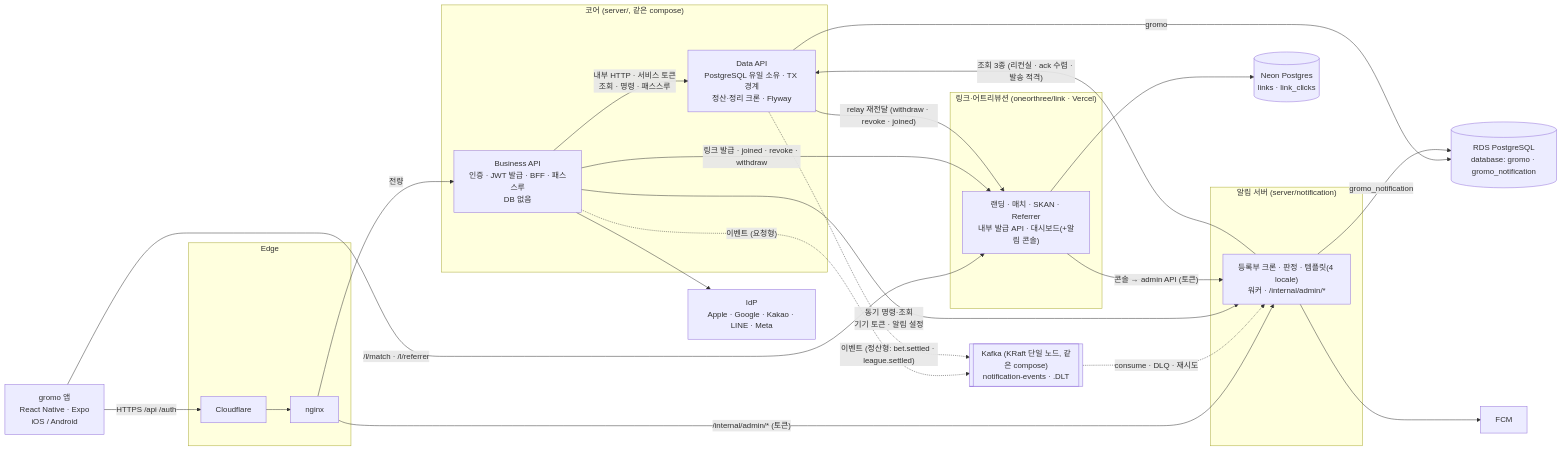
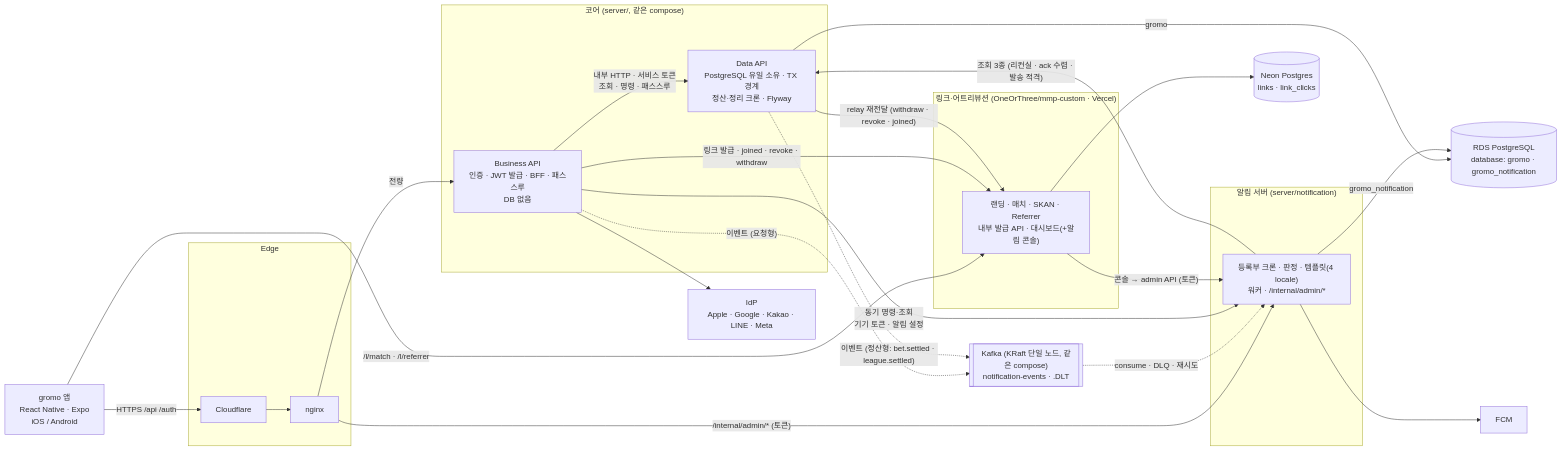
One commit to OneOrThree/phone changed the first of 2 diagrams in docs/architecture/service-architecture.md. Above: the diagram before and after it, drawn with Mermaid. The commit also changed other lines of this file and 529 other files, not shown here.

````diff
--- a/docs/architecture/service-architecture.md
+++ b/docs/architecture/service-architecture.md
@@ -12,41 +12,41 @@
 ```mermaid
 flowchart LR
   APP["gromo 앱<br/>React Native · Expo<br/>iOS / Android"]
   subgraph Edge["Edge"]
     CF["Cloudflare"] --> NX["nginx"]
   end
   subgraph Core["코어 (server/, 같은 compose)"]
     BIZ["Business API<br/>인증 · JWT 발급 · BFF · 패스스루<br/>DB 없음"]
     DATA["Data API<br/>PostgreSQL 유일 소유 · TX 경계<br/>정산·정리 크론 · Flyway"]
   end
   subgraph Noti["알림 서버 (server/notification)"]
     NS["등록부 크론 · 판정 · 템플릿(4 locale)<br/>워커 · /internal/admin/*"]
   end
-  subgraph Link["링크·어트리뷰션 (oneorthree/link · Vercel)"]
+  subgraph Link["링크·어트리뷰션 (OneOrThree/mmp-custom · Vercel)"]
     LK["랜딩 · 매치 · SKAN · Referrer<br/>내부 발급 API · 대시보드(+알림 콘솔)"]
   end
   PG[("RDS PostgreSQL<br/>database: gromo · gromo_notification")]
   NEON[("Neon Postgres<br/>links · link_clicks")]
   FCM["FCM"]
   IDP["IdP<br/>Apple · Google · Kakao · LINE · Meta"]
 
   APP -->|"HTTPS /api /auth"| CF
   NX -->|"전량"| BIZ
   NX -->|"/internal/admin/* (토큰)"| NS
   APP -->|"/l/match · /l/referrer"| LK
   BIZ -->|"내부 HTTP · 서비스 토큰<br/>조회 · 명령 · 패스스루"| DATA
   KAFKA[["Kafka (KRaft 단일 노드, 같은 compose)<br/>notification-events · .DLT"]]
   BIZ -.->|"이벤트 (요청형)"| KAFKA
   DATA -.->|"이벤트 (정산형: bet.settled · league.settled)"| KAFKA
   KAFKA -.->|"consume · DLQ · 재시도"| NS
   BIZ -->|"동기 명령·조회<br/>기기 토큰 · 알림 설정"| NS
   NS -->|"조회 3종 (리컨실 · ack 수렴 · 발송 적격)"| DATA
   BIZ -->|"링크 발급 · joined · revoke · withdraw"| LK
   DATA -->|"relay 재전달 (withdraw · revoke · joined)"| LK
   DATA -->|"gromo"| PG
   NS -->|"gromo_notification"| PG
   LK --> NEON
   NS --> FCM
   BIZ --> IDP
   LK -->|"콘솔 → admin API (토큰)"| NS
 ```
````
